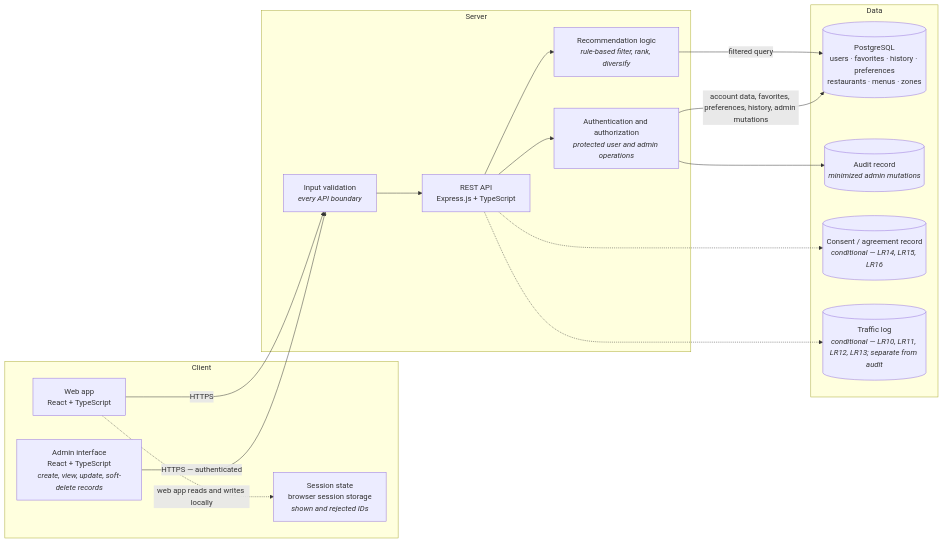
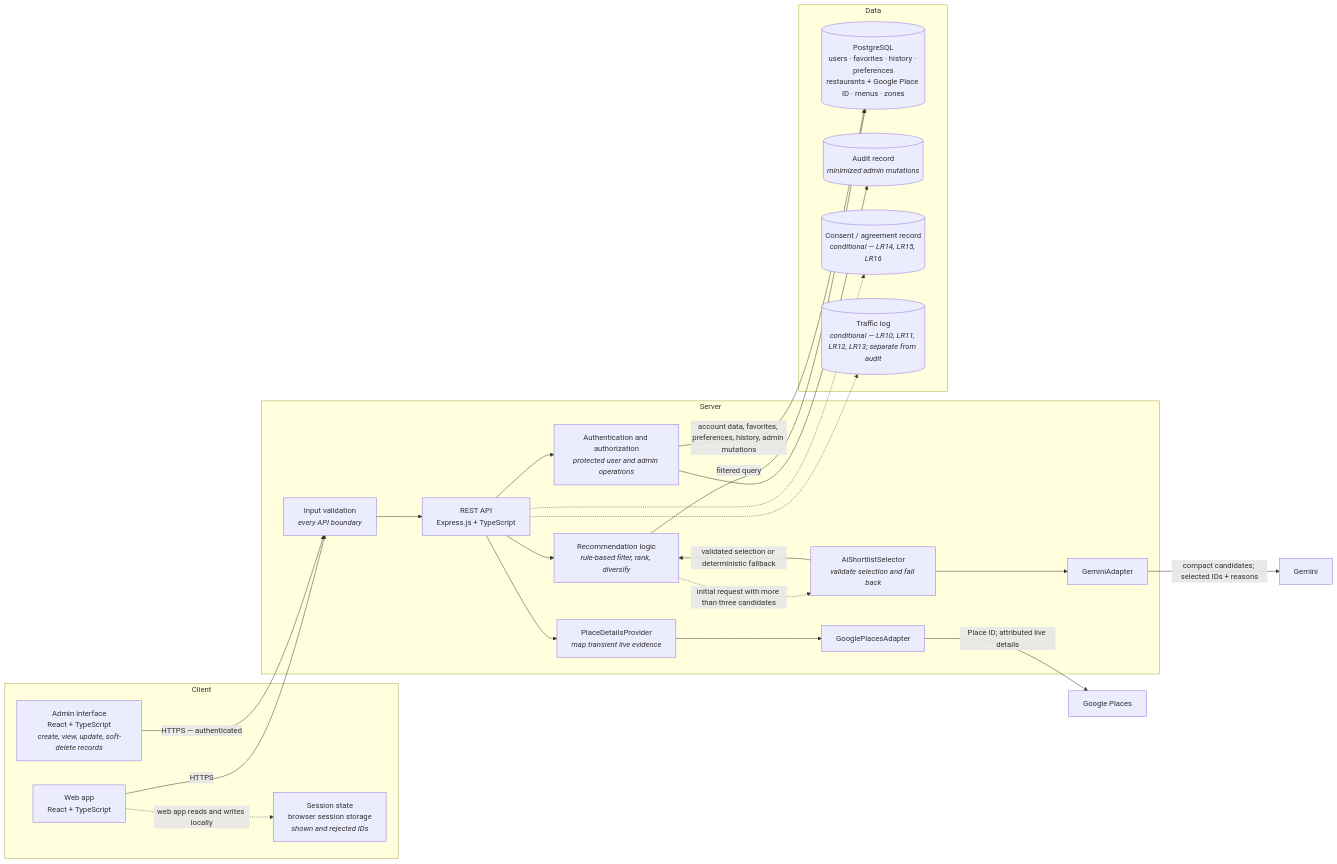
One commit to bear0420-47/Kinraidee changed the second of 3 diagrams in docs/02-design/diagrams.md. Above: the diagram before and after it, drawn with Mermaid. The commit also changed other lines of this file and 85 other files, not shown here.

Commit message:
feat(recommendations): add AI selection and place evidence

````diff
--- a/docs/02-design/diagrams.md
+++ b/docs/02-design/diagrams.md
@@ -73,34 +77,48 @@
 ```mermaid
 flowchart LR
   subgraph CLIENT["Client"]
     ui["Web app<br/>React + TypeScript"]
     sess["Session state<br/>browser session storage<br/><i>shown and rejected IDs</i>"]
     adminui["Admin interface<br/>React + TypeScript<br/><i>create, view, update, soft-delete records</i>"]
   end
 
   subgraph SERVER["Server"]
     api["REST API<br/>Express.js + TypeScript"]
     valid["Input validation<br/><i>every API boundary</i>"]
     rec["Recommendation logic<br/><i>rule-based filter, rank, diversify</i>"]
+    ai["AiShortlistSelector<br/><i>validate selection and fall back</i>"]
+    geminiAdapter["GeminiAdapter"]
+    place["PlaceDetailsProvider<br/><i>map transient live evidence</i>"]
+    placesAdapter["GooglePlacesAdapter"]
     authz["Authentication and authorization<br/><i>protected user and admin operations</i>"]
   end
 
   subgraph DATA["Data"]
-    db[("PostgreSQL<br/>users · favorites · history · preferences<br/>restaurants · menus · zones")]
+    db[("PostgreSQL<br/>users · favorites · history · preferences<br/>restaurants + Google Place ID · menus · zones")]
     audit[("Audit record<br/><i>minimized admin mutations</i>")]
     consent[("Consent / agreement record<br/><i>conditional — LR14, LR15, LR16</i>")]
     traffic[("Traffic log<br/><i>conditional — LR10, LR11, LR12, LR13; separate from audit</i>")]
   end
 
   ui -.->|"web app reads and writes locally"| sess
   ui -->|"HTTPS"| valid
   adminui -->|"HTTPS — authenticated"| valid
   valid --> api
   api --> rec
+  rec -.->|"initial request with more than three candidates"| ai
+  ai --> geminiAdapter
+  ai -->|"validated selection or deterministic fallback"| rec
+  api --> place
+  place --> placesAdapter
   api --> authz
   rec -->|"filtered query"| db
   authz -->|"account data, favorites, preferences, history, admin mutations"| db
   authz --> audit
   api -.-> consent
   api -.-> traffic
+
+  gemini["Gemini"]
+  google["Google Places"]
+  geminiAdapter -->|"compact candidates; selected IDs + reasons"| gemini
+  placesAdapter -->|"Place ID; attributed live details"| google
 ```
````
